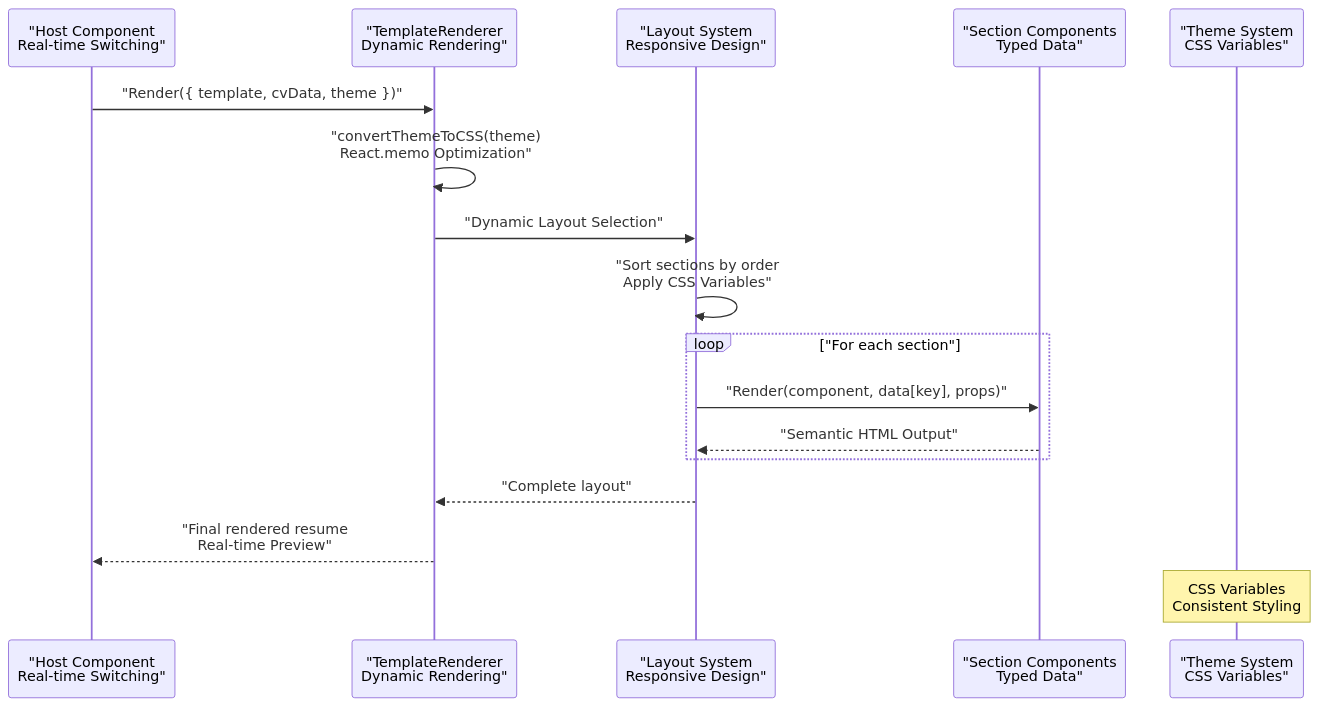
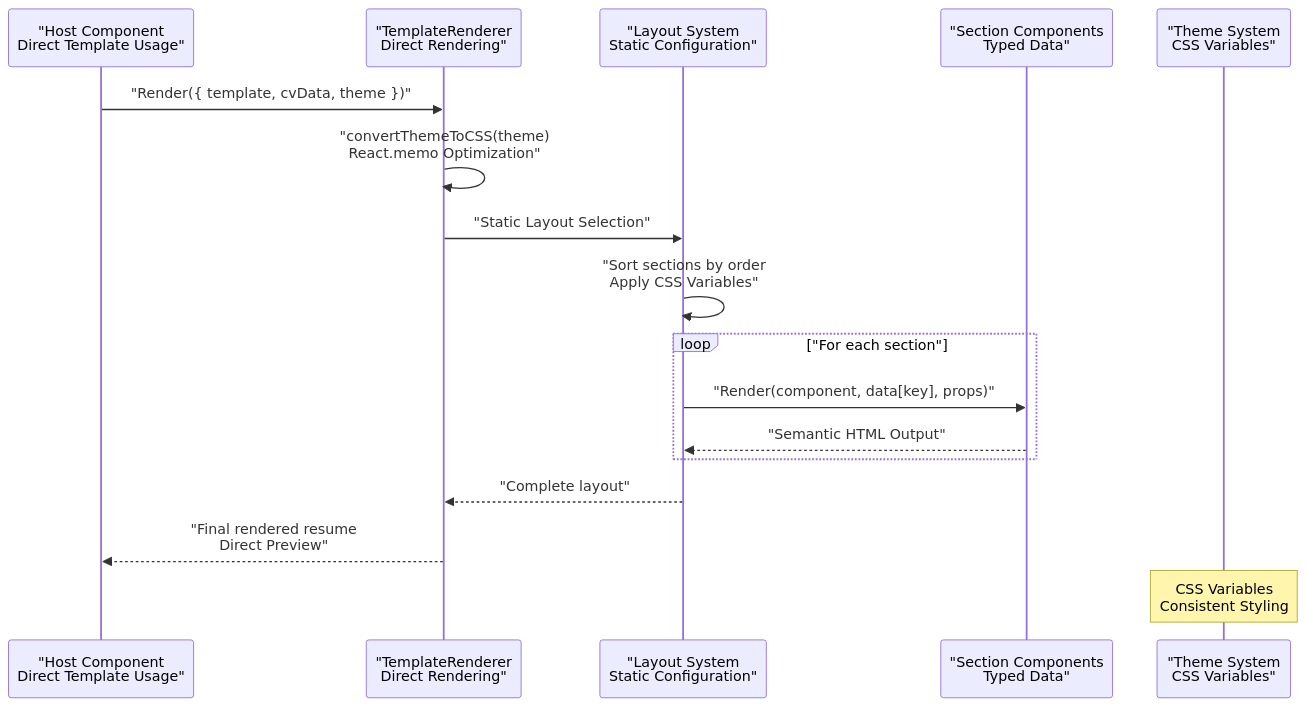
Before and after one commit to DoVuDung/cv-portfolio-builder: the second of 6 diagrams in .qoder/repowiki/en/content/Template Engine/Template Engine.md, drawn with Mermaid. The commit also changed other lines of this file and 6 other files, not shown here.

First line of the commit message:
chore(docs): update AI Agent System and build configuration docs

````diff
--- a/.qoder/repowiki/en/content/Template Engine/Template Engine.md
+++ b/.qoder/repowiki/en/content/Template Engine/Template Engine.md
@@ -161,19 +156,19 @@
 ```mermaid
 sequenceDiagram
-participant Host as "Host Component<br/>Real-time Switching"
-participant TR as "TemplateRenderer<br/>Dynamic Rendering"
-participant L as "Layout System<br/>Responsive Design"
+participant Host as "Host Component<br/>Direct Template Usage"
+participant TR as "TemplateRenderer<br/>Direct Rendering"
+participant L as "Layout System<br/>Static Configuration"
 participant S as "Section Components<br/>Typed Data"
 participant Theme as "Theme System<br/>CSS Variables"
 Host->>TR : "Render({ template, cvData, theme })"
 TR->>TR : "convertThemeToCSS(theme)<br/>React.memo Optimization"
-TR->>L : "Dynamic Layout Selection"
+TR->>L : "Static Layout Selection"
 L->>L : "Sort sections by order<br/>Apply CSS Variables"
 loop "For each section"
 L->>S : "Render(component, data[key], props)"
 S-->>L : "Semantic HTML Output"
 end
 L-->>TR : "Complete layout"
-TR-->>Host : "Final rendered resume<br/>Real-time Preview"
+TR-->>Host : "Final rendered resume<br/>Direct Preview"
 Note over Theme : CSS Variables<br/>Consistent Styling
 ```
````
